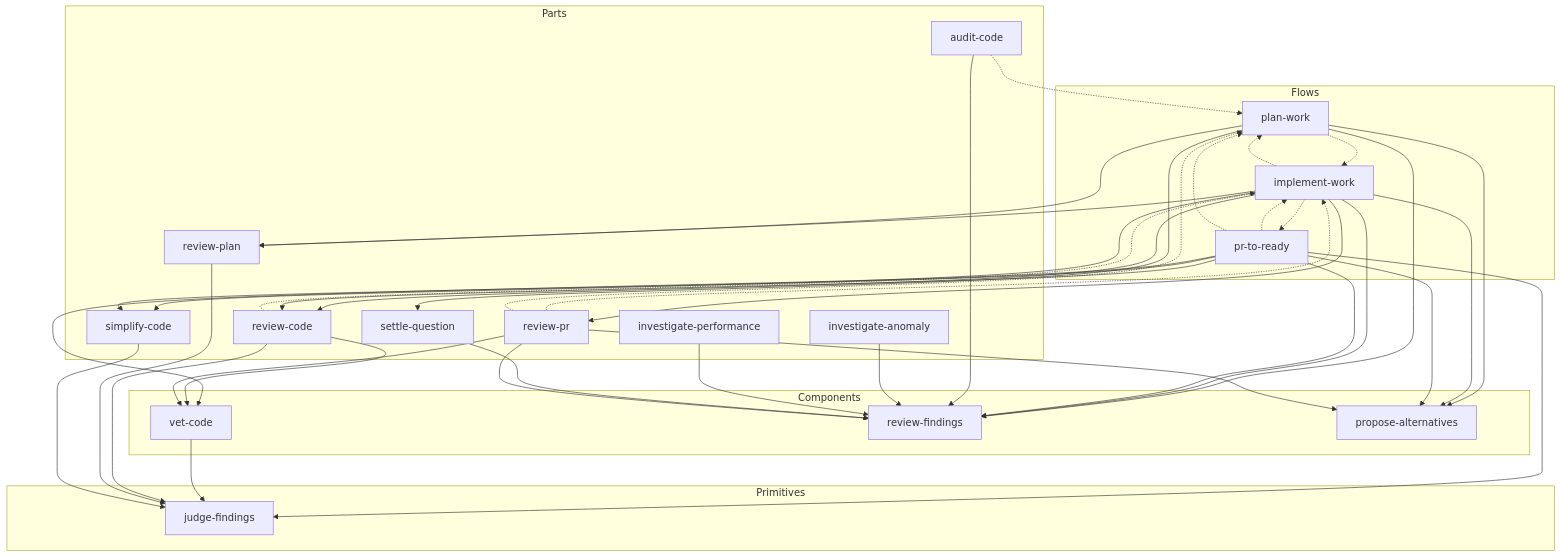
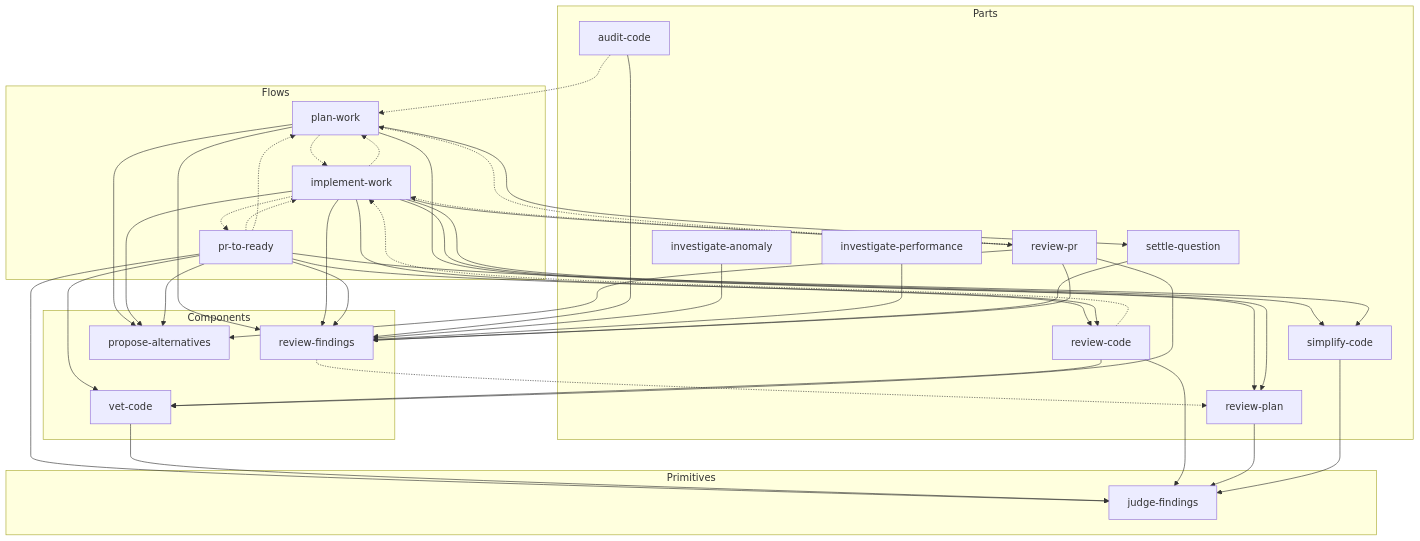
One commit to yowcow/dude changed the first of 2 diagrams in README.md. Above: the diagram before and after it, drawn with Mermaid. The commit also changed 5 other files, not shown here.

````diff
--- a/README.md
+++ b/README.md
@@ -38,65 +38,66 @@
 ```mermaid
 flowchart TB
   subgraph Flows
     plan-work
     implement-work
     pr-to-ready
   end
   subgraph Parts
     review-code
     review-plan
     simplify-code
     review-pr
     audit-code
     settle-question
     investigate-anomaly
     investigate-performance
   end
   subgraph Components
     vet-code
     review-findings
     propose-alternatives
   end
   subgraph Primitives
     judge-findings
   end
 
   plan-work -.-> implement-work
   implement-work -.-> plan-work
   implement-work -.-> pr-to-ready
   pr-to-ready -.-> implement-work
   pr-to-ready -.-> plan-work
   review-code -.-> implement-work
   review-pr -.-> implement-work
   review-pr -.-> plan-work
   audit-code -.-> plan-work
+  review-findings -.-> review-plan
 
   plan-work --> review-plan
   plan-work --> settle-question
   plan-work --> propose-alternatives
   plan-work --> review-findings
   implement-work --> review-code
   implement-work --> review-plan
   implement-work --> review-pr
   implement-work --> simplify-code
   implement-work --> propose-alternatives
   implement-work --> review-findings
   pr-to-ready --> review-code
   pr-to-ready --> simplify-code
   pr-to-ready --> vet-code
   pr-to-ready --> judge-findings
   pr-to-ready --> propose-alternatives
   pr-to-ready --> review-findings
   audit-code --> review-findings
   investigate-anomaly --> review-findings
   investigate-performance --> review-findings
   settle-question --> review-findings
   review-code --> vet-code
   review-pr --> vet-code
   review-pr --> propose-alternatives
   review-pr --> review-findings
   vet-code --> judge-findings
   review-code --> judge-findings
   review-plan --> judge-findings
   simplify-code --> judge-findings
 ```
````
